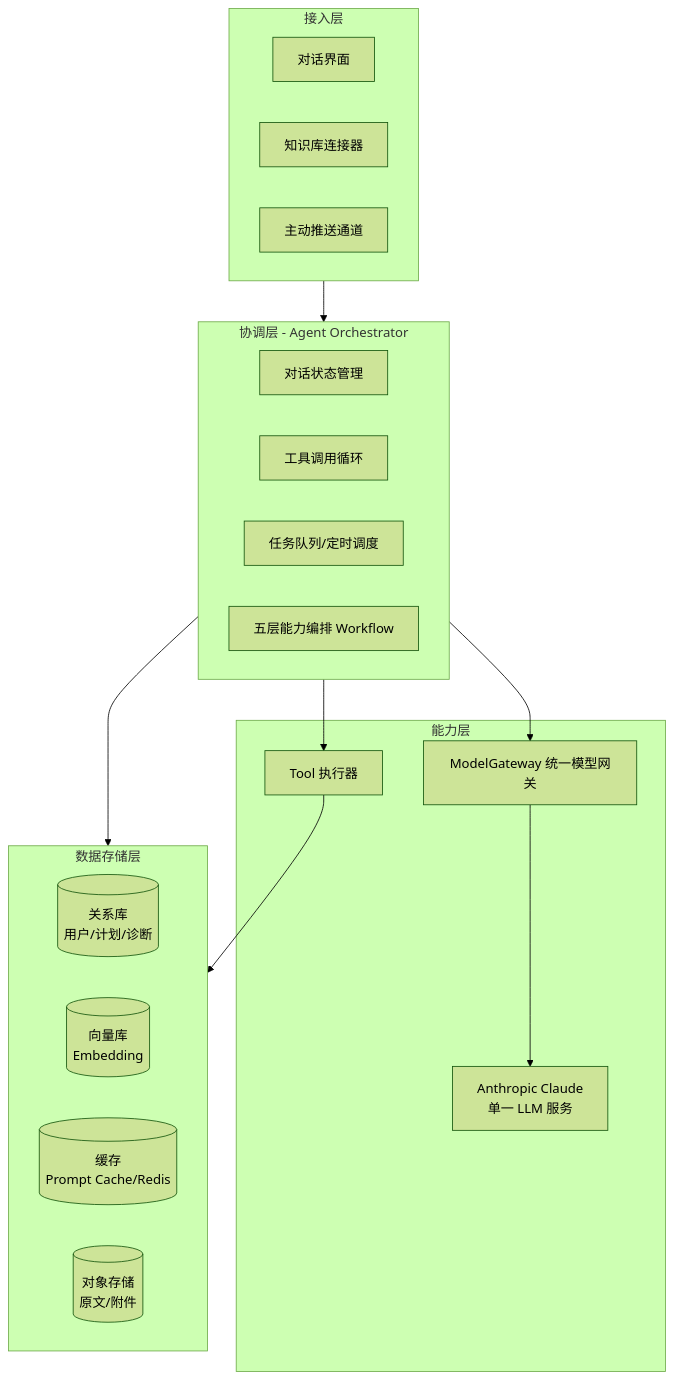
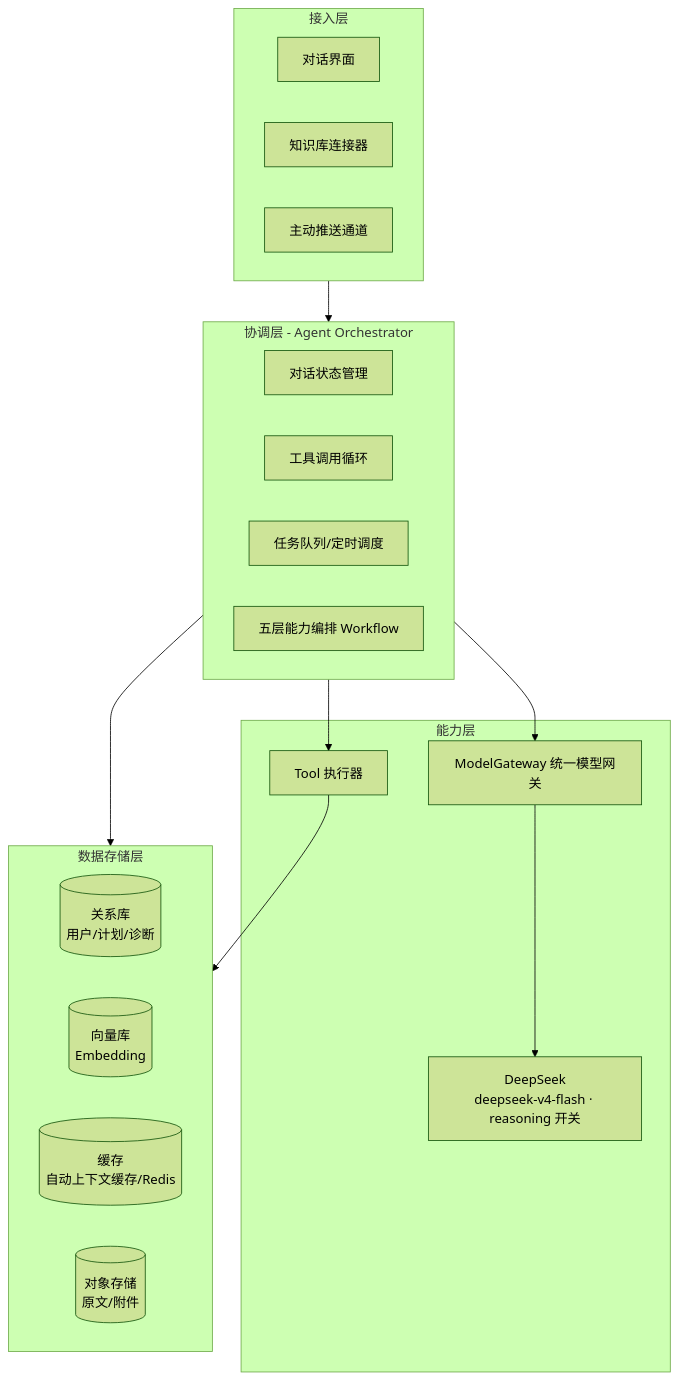
One commit to Curtainorange/knowledge-agent changed the first of 9 diagrams in docs/系统设计文档.md. Above: the diagram before and after it, drawn with Mermaid (forest theme). The commit also changed other lines of this file and 5 other files, not shown here.

First line of the commit message:
docs: 文档统一切换为国产 DeepSeek（deepseek-v4-flash + 每请求 reasoning 开关）

````diff
--- a/docs/系统设计文档.md
+++ b/docs/系统设计文档.md
@@ -94,35 +96,35 @@
 ```mermaid
 flowchart TB
     subgraph U[接入层]
         ChatUI[对话界面]
         KBConn[知识库连接器]
         PushCh[主动推送通道]
     end
 
     subgraph C[协调层 - Agent Orchestrator]
         StateMng[对话状态管理]
         LoopMgr[工具调用循环]
         QueueMgr[任务队列/定时调度]
         Workflow[五层能力编排 Workflow]
     end
 
     subgraph A[能力层]
         GW[ModelGateway 统一模型网关]
-        LLM[Anthropic Claude<br/>单一 LLM 服务]
+        LLM[DeepSeek<br/>deepseek-v4-flash · reasoning 开关]
         TOOL[Tool 执行器]
     end
 
     subgraph D[数据存储层]
         PG[(关系库<br/>用户/计划/诊断)]
         VDB[(向量库<br/>Embedding)]
-        CACHE[(缓存<br/>Prompt Cache/Redis)]
+        CACHE[(缓存<br/>自动上下文缓存/Redis)]
         OBJ[(对象存储<br/>原文/附件)]
     end
 
     U --> C
     C --> GW
     GW --> LLM
     C --> TOOL
     TOOL --> D
     C --> D
 ```
````
